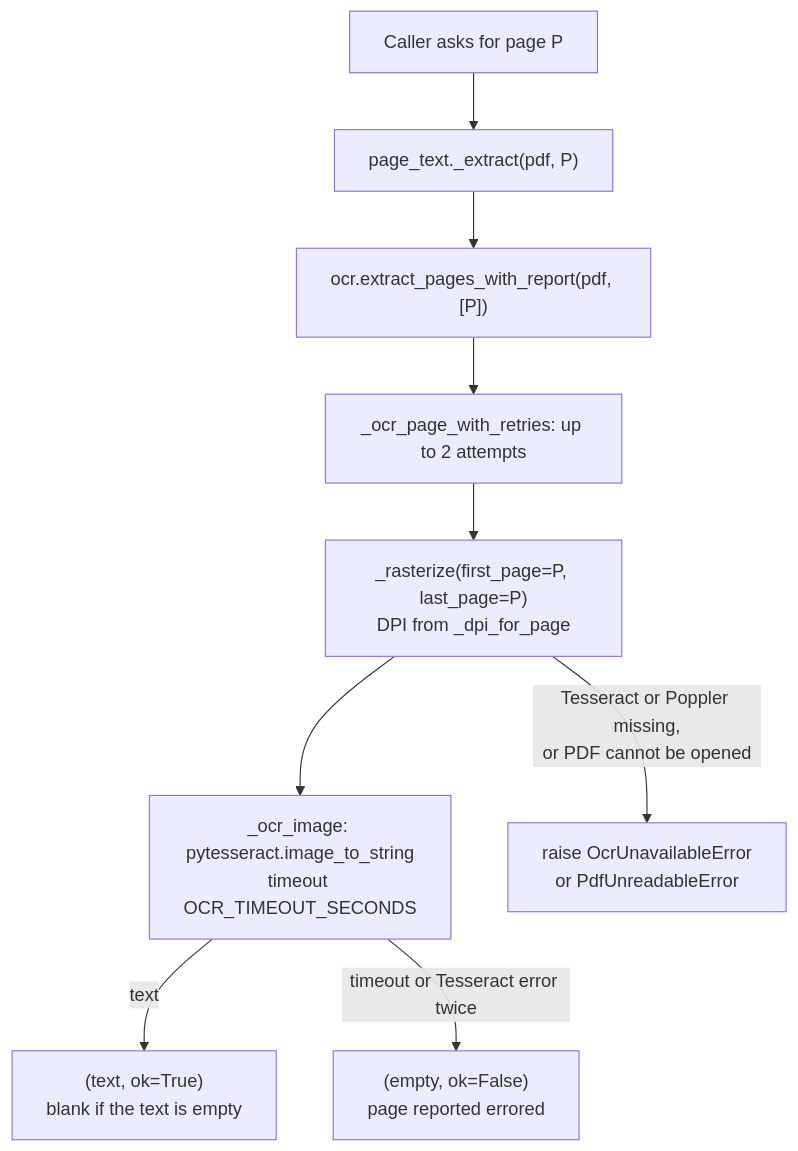
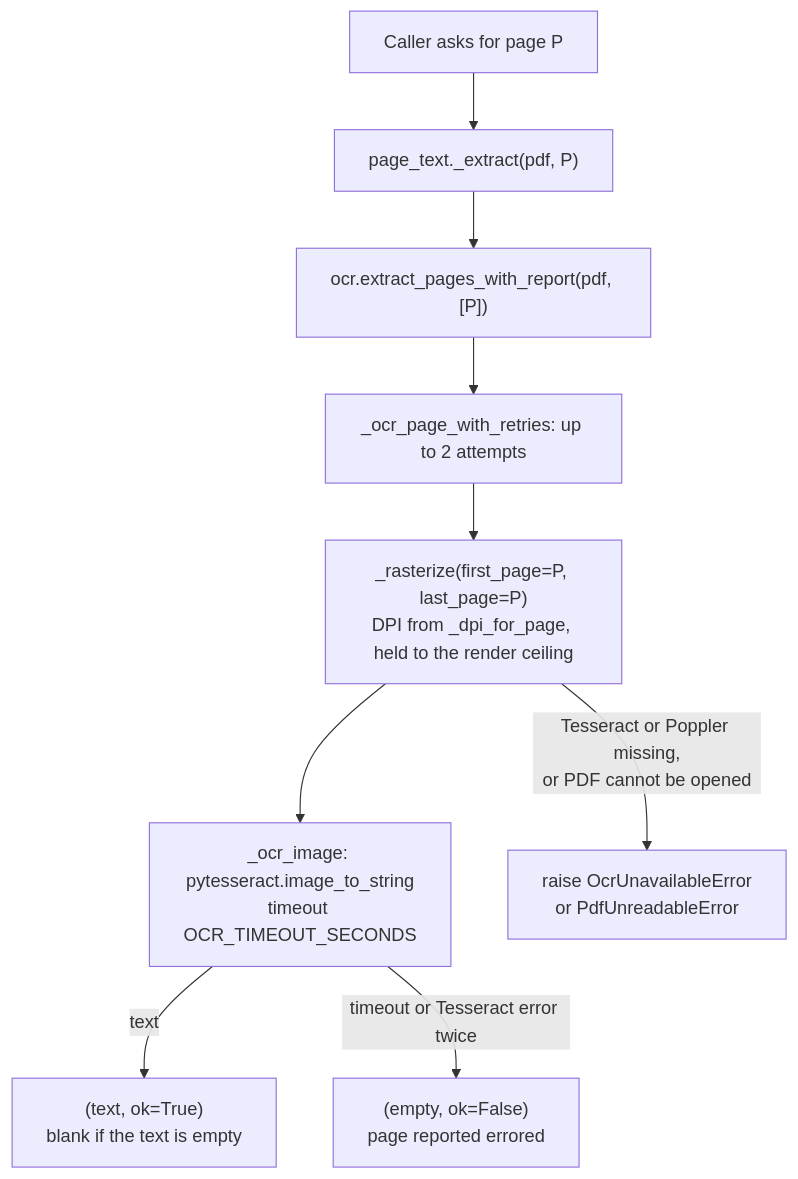
One commit to gesco-healthcare-support/ai-medical-record-review changed the diagram in docs/explanation/ocr-and-page-text.md. Above: the diagram before and after it, drawn with Mermaid. The commit also changed other lines of this file and 8 other files, not shown here.

First line of the commit message:
fix(ocr): a page declared absurdly large renders within a ceiling (#705)

````diff
--- a/docs/explanation/ocr-and-page-text.md
+++ b/docs/explanation/ocr-and-page-text.md
@@ -31,11 +31,11 @@
 ```mermaid
 flowchart TD
     C["Caller asks for page P"] --> X["page_text._extract(pdf, P)"]
     X --> R["ocr.extract_pages_with_report(pdf, [P])"]
     R --> T["_ocr_page_with_retries: up to 2 attempts"]
-    T --> RA["_rasterize(first_page=P, last_page=P)<br/>DPI from _dpi_for_page"]
+    T --> RA["_rasterize(first_page=P, last_page=P)<br/>DPI from _dpi_for_page, held to the render ceiling"]
     RA --> O["_ocr_image: pytesseract.image_to_string<br/>timeout OCR_TIMEOUT_SECONDS"]
     O -->|"text"| OK["(text, ok=True)<br/>blank if the text is empty"]
     O -->|"timeout or Tesseract error twice"| ER["(empty, ok=False)<br/>page reported errored"]
     RA -->|"Tesseract or Poppler missing,<br/>or PDF cannot be opened"| FF["raise OcrUnavailableError<br/>or PdfUnreadableError"]
 ```
````
